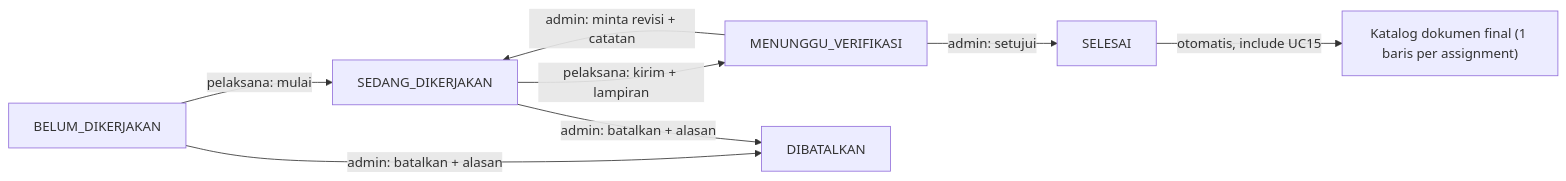
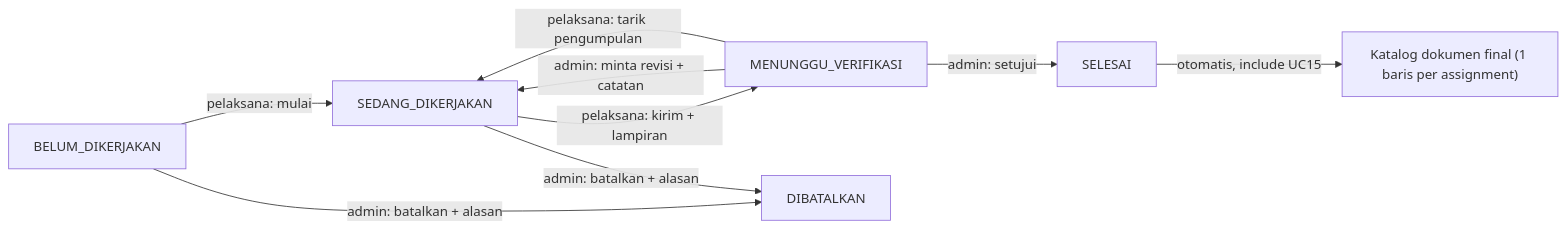
One commit to fardzridz/simba changed the first of 9 diagrams in RANCANGAN-SISTEM-v2.md. Above: the diagram before and after it, drawn with Mermaid. The commit also changed other lines of this file and 22 other files, not shown here.

Commit message:
tugas mandiri user, tarik pengumpulan, hapus berkas draf

````diff
--- a/RANCANGAN-SISTEM-v2.md
+++ b/RANCANGAN-SISTEM-v2.md
@@ -203,10 +222,11 @@
 ```mermaid
 graph LR
     B["BELUM_DIKERJAKAN"] -->|pelaksana: mulai| P["SEDANG_DIKERJAKAN"]
     P -->|pelaksana: kirim + lampiran| M["MENUNGGU_VERIFIKASI"]
     M -->|admin: setujui| C["SELESAI"]
     M -->|admin: minta revisi + catatan| P
+    M -->|pelaksana: tarik pengumpulan| P
     B -->|admin: batalkan + alasan| X["DIBATALKAN"]
     P -->|admin: batalkan + alasan| X
     C -->|otomatis, include UC15| AR["Katalog dokumen final (1 baris per assignment)"]
 ```
````
